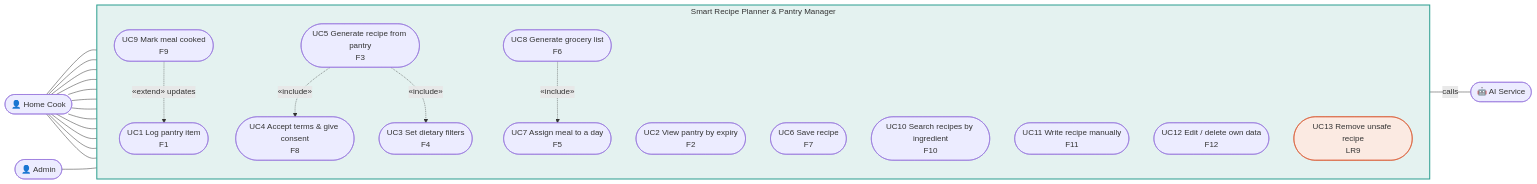
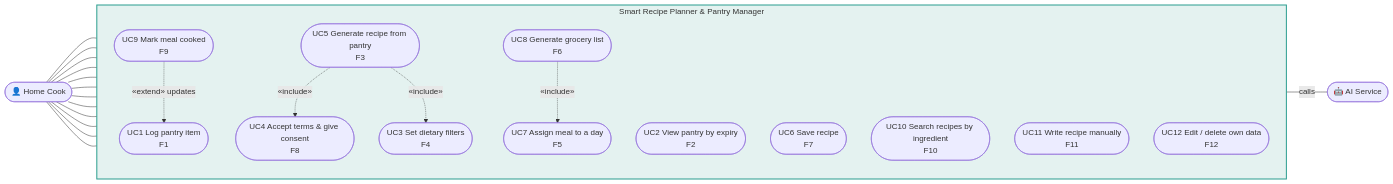
One commit to eaindraysupan1005/smart-recipe-planner changed the diagram in .docs/02-design/04-diagrams/02-use-case.md. Above: the diagram before and after it, drawn with Mermaid. The commit also changed other lines of this file and 8 other files, not shown here.

````diff
--- a/.docs/02-design/04-diagrams/02-use-case.md
+++ b/.docs/02-design/04-diagrams/02-use-case.md
@@ -5,46 +5,42 @@
 ```mermaid
 flowchart LR
     cook(["👤 Home Cook"])
-    admin(["👤 Admin"])
     ai(["🤖 AI Service"])
 
     subgraph SYSTEM["Smart Recipe Planner & Pantry Manager"]
         direction TB
         UC1(["UC1 Log pantry item<br/>F1"])
         UC2(["UC2 View pantry by expiry<br/>F2"])
         UC3(["UC3 Set dietary filters<br/>F4"])
         UC4(["UC4 Accept terms & give consent<br/>F8"])
         UC5(["UC5 Generate recipe from pantry<br/>F3"])
         UC6(["UC6 Save recipe<br/>F7"])
         UC7(["UC7 Assign meal to a day<br/>F5"])
         UC8(["UC8 Generate grocery list<br/>F6"])
         UC9(["UC9 Mark meal cooked<br/>F9"])
         UC10(["UC10 Search recipes by ingredient<br/>F10"])
         UC11(["UC11 Write recipe manually<br/>F11"])
         UC12(["UC12 Edit / delete own data<br/>F12"])
-        UC13(["UC13 Remove unsafe recipe<br/>LR9"])
     end
 
     cook --- UC1
     cook --- UC2
     cook --- UC3
     cook --- UC4
     cook --- UC5
     cook --- UC6
     cook --- UC7
     cook --- UC8
     cook --- UC9
     cook --- UC10
     cook --- UC11
     cook --- UC12
-    admin --- UC13
 
     UC5 -.->|"«include»"| UC4
     UC5 -.->|"«include»"| UC3
     UC8 -.->|"«include»"| UC7
     UC9 -.->|"«extend» updates"| UC1
     UC5 ---|"calls"| ai
 
     style SYSTEM fill:#E4F2F0,stroke:#2A9D8F,stroke-width:2px
-    style UC13 fill:#FBEAE2,stroke:#D9542B
 ```
````
